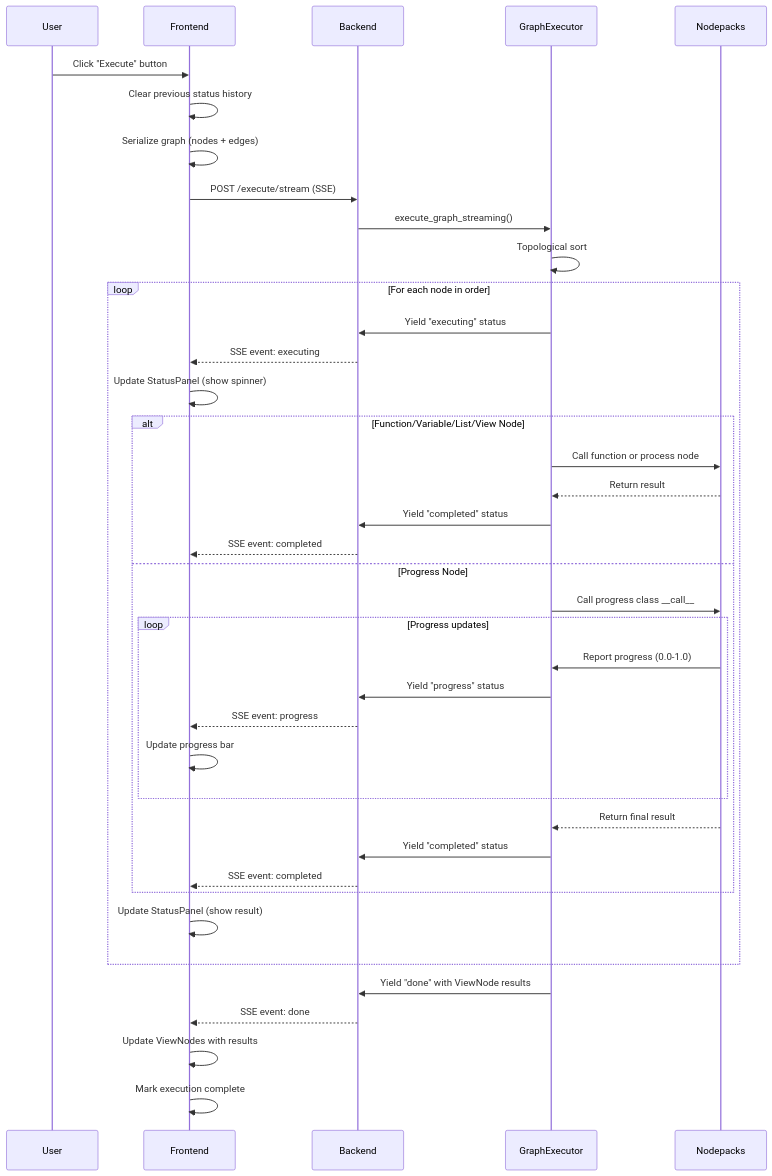
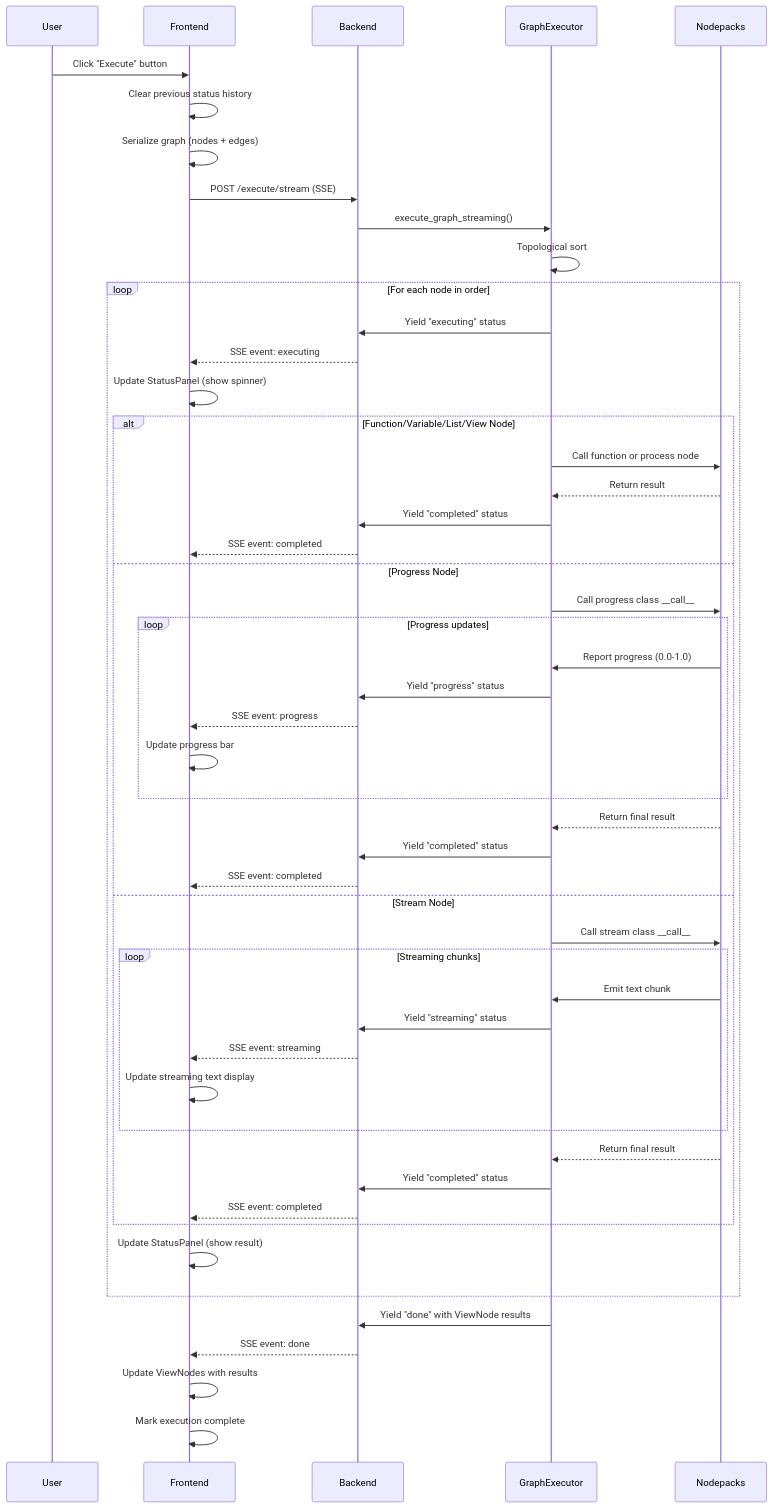
The fourth of 5 diagrams in docs/guides/architecture.md (soumik12345/psynapse), drawn with Mermaid before and after one commit. The commit also changed other lines of this file, not shown here.

````diff
--- a/docs/guides/architecture.md
+++ b/docs/guides/architecture.md
@@ -479,46 +514,57 @@
 ```mermaid
 sequenceDiagram
     participant User
     participant Frontend
     participant Backend
     participant GraphExecutor
     participant Nodepacks
 
     User->>Frontend: Click "Execute" button
     Frontend->>Frontend: Clear previous status history
     Frontend->>Frontend: Serialize graph (nodes + edges)
     Frontend->>Backend: POST /execute/stream (SSE)
     Backend->>GraphExecutor: execute_graph_streaming()
     GraphExecutor->>GraphExecutor: Topological sort
 
     loop For each node in order
         GraphExecutor->>Backend: Yield "executing" status
         Backend-->>Frontend: SSE event: executing
         Frontend->>Frontend: Update StatusPanel (show spinner)
 
         alt Function/Variable/List/View Node
             GraphExecutor->>Nodepacks: Call function or process node
             Nodepacks-->>GraphExecutor: Return result
             GraphExecutor->>Backend: Yield "completed" status
             Backend-->>Frontend: SSE event: completed
         else Progress Node
             GraphExecutor->>Nodepacks: Call progress class __call__
             loop Progress updates
                 Nodepacks->>GraphExecutor: Report progress (0.0-1.0)
                 GraphExecutor->>Backend: Yield "progress" status
                 Backend-->>Frontend: SSE event: progress
                 Frontend->>Frontend: Update progress bar
             end
             Nodepacks-->>GraphExecutor: Return final result
             GraphExecutor->>Backend: Yield "completed" status
             Backend-->>Frontend: SSE event: completed
+        else Stream Node
+            GraphExecutor->>Nodepacks: Call stream class __call__
+            loop Streaming chunks
+                Nodepacks->>GraphExecutor: Emit text chunk
+                GraphExecutor->>Backend: Yield "streaming" status
+                Backend-->>Frontend: SSE event: streaming
+                Frontend->>Frontend: Update streaming text display
+            end
+            Nodepacks-->>GraphExecutor: Return final result
+            GraphExecutor->>Backend: Yield "completed" status
+            Backend-->>Frontend: SSE event: completed
         end
 
         Frontend->>Frontend: Update StatusPanel (show result)
     end
 
     GraphExecutor->>Backend: Yield "done" with ViewNode results
     Backend-->>Frontend: SSE event: done
     Frontend->>Frontend: Update ViewNodes with results
     Frontend->>Frontend: Mark execution complete
 ```
````
